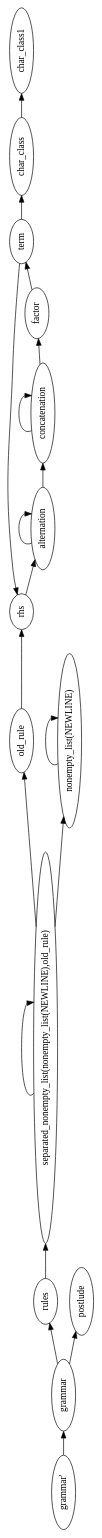
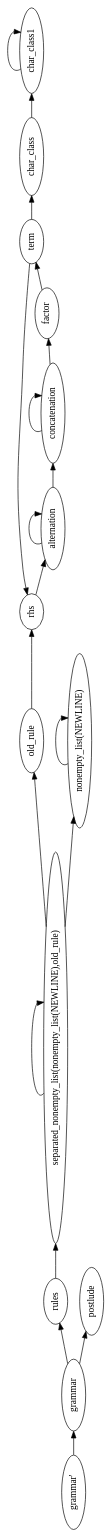
Before and after one commit to meta-introspector/gbnf-nice-parser: the diagram in lib/sentenceParser.dot, drawn with Graphviz. The commit also changed 9 other files, not shown here.

```diff
--- a/lib/sentenceParser.dot
+++ b/lib/sentenceParser.dot
@@ -1,38 +1,39 @@
 digraph G {
 orientation = landscape;
 rankdir = LR;
 ratio = compress;
 nt0 [ label="grammar'" ] ;
 nt1 [ label="term" ] ;
 nt2 [ label="separated_nonempty_list(nonempty_list(NEWLINE),old_rule)" ] ;
 nt3 [ label="rules" ] ;
 nt4 [ label="rhs" ] ;
 nt5 [ label="postlude" ] ;
 nt6 [ label="old_rule" ] ;
 nt7 [ label="nonempty_list(NEWLINE)" ] ;
 nt8 [ label="grammar" ] ;
 nt9 [ label="factor" ] ;
 nt10 [ label="concatenation" ] ;
 nt11 [ label="char_class1" ] ;
 nt12 [ label="char_class" ] ;
 nt13 [ label="alternation" ] ;
 nt0 -> nt8 [ label="" ] ;
 nt1 -> nt4 [ label="" ] ;
 nt1 -> nt12 [ label="" ] ;
 nt2 -> nt2 [ label="" ] ;
 nt2 -> nt6 [ label="" ] ;
 nt2 -> nt7 [ label="" ] ;
 nt3 -> nt2 [ label="" ] ;
 nt4 -> nt13 [ label="" ] ;
 nt6 -> nt4 [ label="" ] ;
 nt7 -> nt7 [ label="" ] ;
 nt8 -> nt3 [ label="" ] ;
 nt8 -> nt5 [ label="" ] ;
 nt9 -> nt1 [ label="" ] ;
 nt10 -> nt9 [ label="" ] ;
 nt10 -> nt10 [ label="" ] ;
+nt11 -> nt11 [ label="" ] ;
 nt12 -> nt11 [ label="" ] ;
 nt13 -> nt10 [ label="" ] ;
 nt13 -> nt13 [ label="" ] ;
 
 }
```
